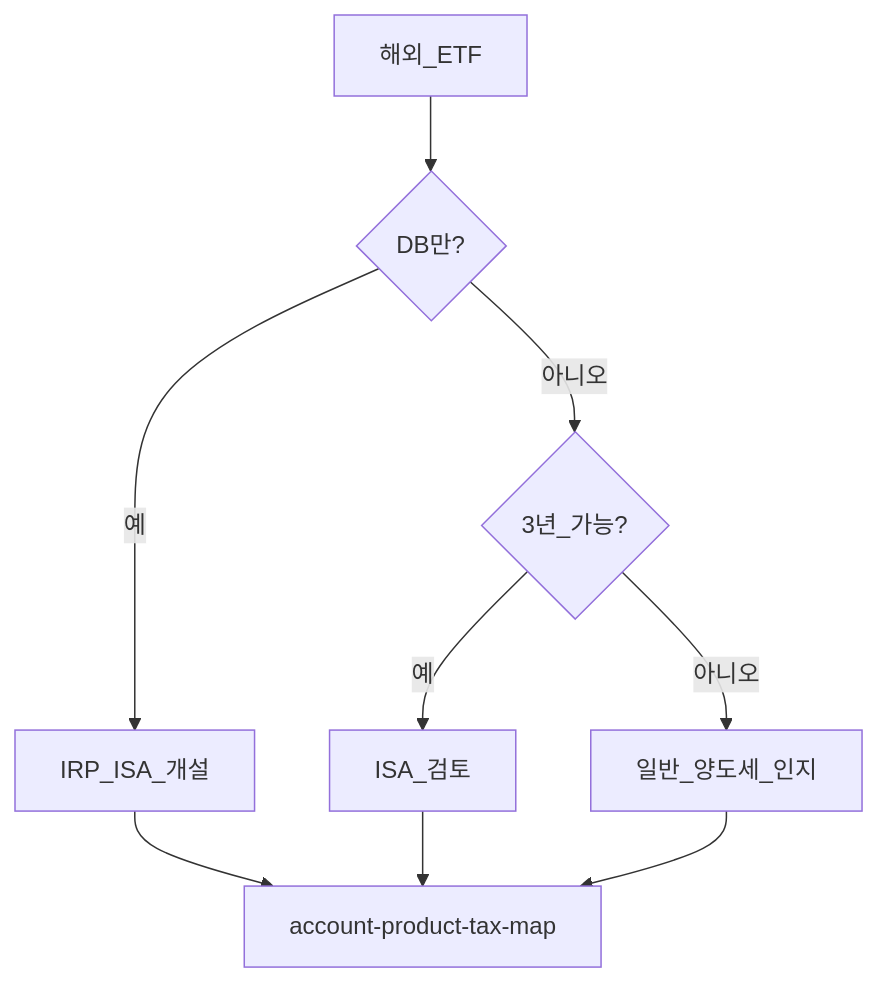
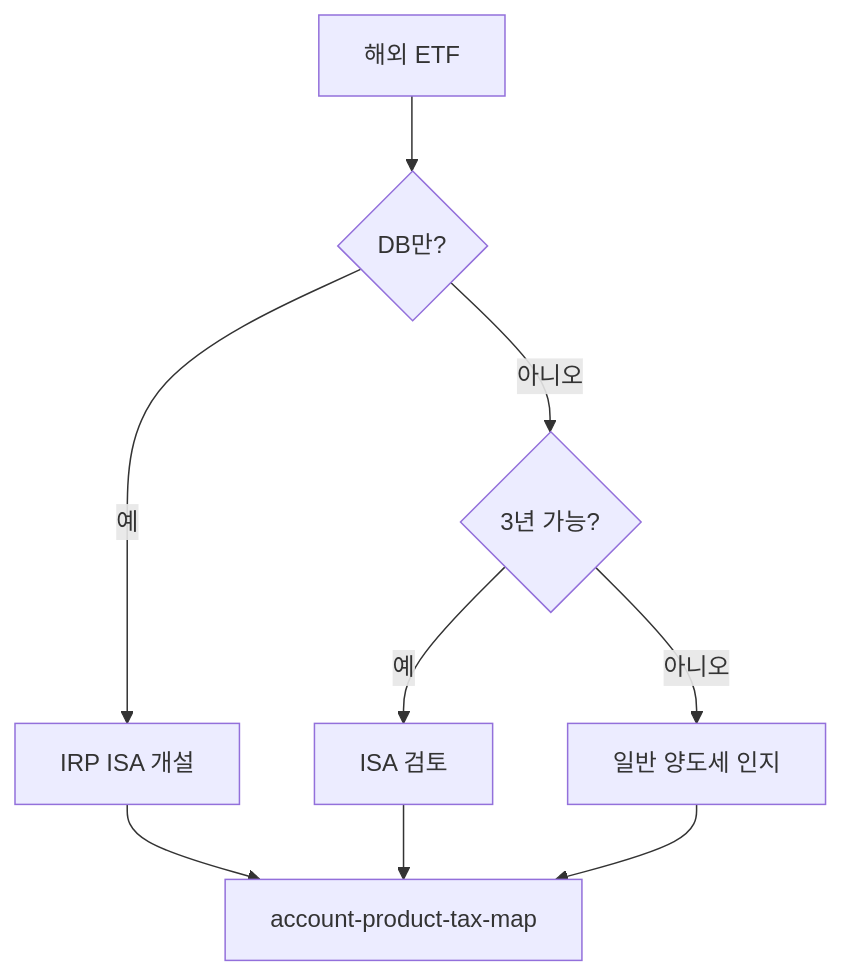
The first of 3 diagrams in 06-korea-policy/tax/overseas-stocks-tax-part3-scenarios.md (goldanghenry/Finances), drawn with Mermaid before and after one commit. The commit also changed other lines of this file and 211 other files, not shown here.

````diff
--- a/06-korea-policy/tax/overseas-stocks-tax-part3-scenarios.md
+++ b/06-korea-policy/tax/overseas-stocks-tax-part3-scenarios.md
@@ -94,11 +108,11 @@
 ```mermaid
 flowchart TD
-  Start[해외_ETF] --> Q1{DB만?}
-  Q1 -->|예| IRP[IRP_ISA_개설]
-  Q1 -->|아니오| Q2{3년_가능?}
-  Q2 -->|예| ISA[ISA_검토]
-  Q2 -->|아니오| Gen[일반_양도세_인지]
+  Start["해외 ETF"] --> Q1{DB만?}
+  Q1 -->|예| IRP["IRP ISA 개설"]
+  Q1 -->|아니오| Q2{"3년 가능?"}
+  Q2 -->|예| ISA["ISA 검토"]
+  Q2 -->|아니오| Gen["일반 양도세 인지"]
   IRP --> Map[account-product-tax-map]
   ISA --> Map
   Gen --> Map
 ```
````
